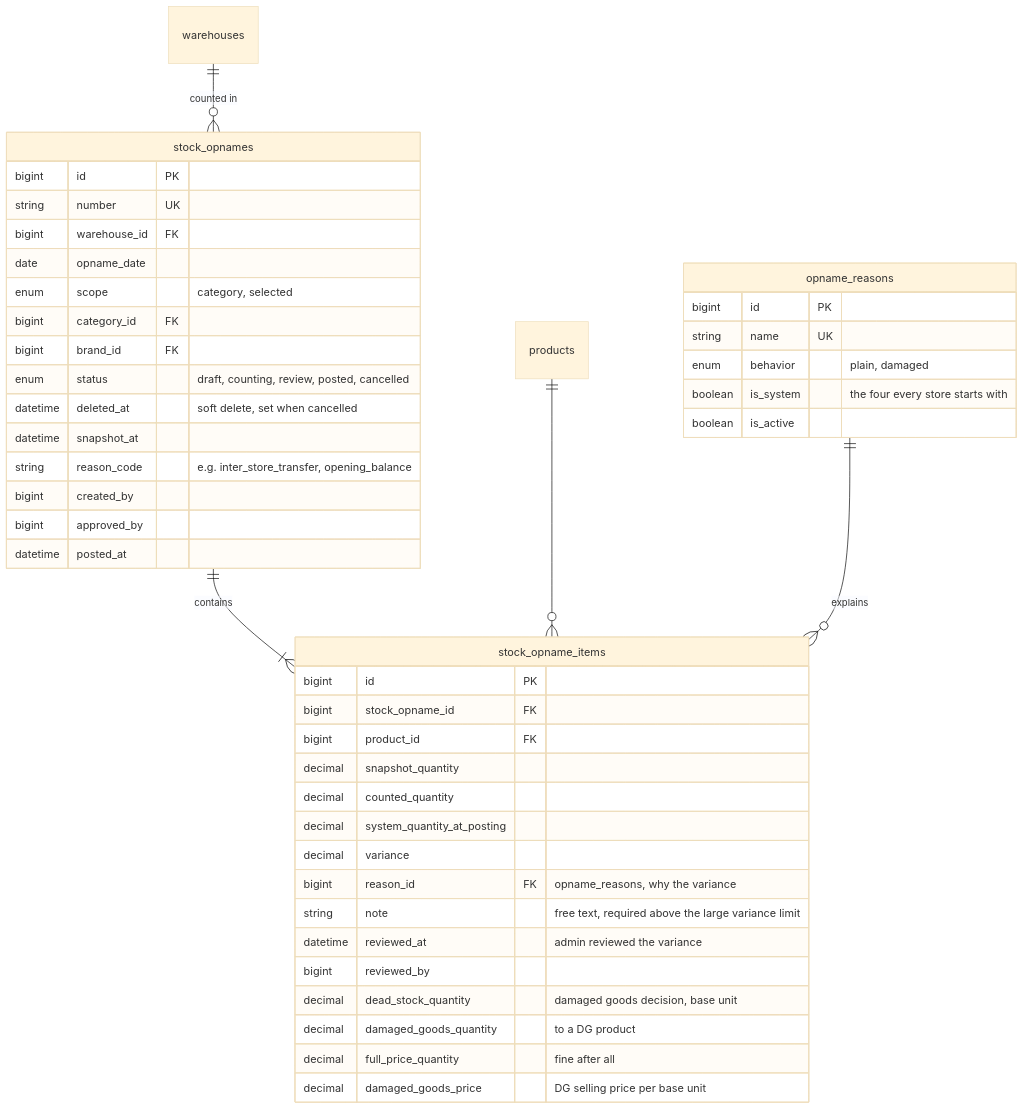
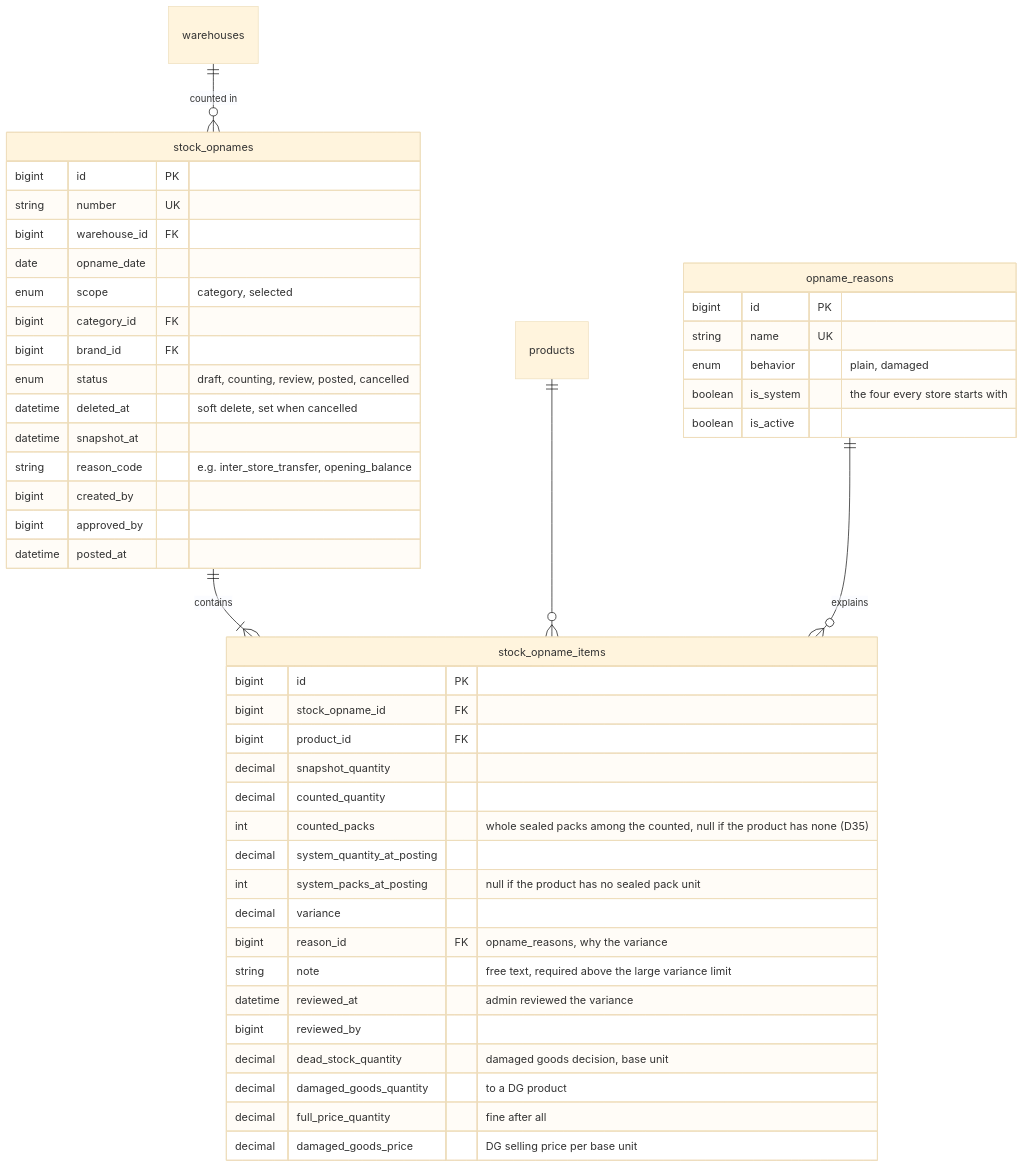
Diagram 25 of 30 in docs/analisis-sistem.md (aliefpraditya/store-management), drawn with Mermaid (base theme) before and after one commit. The commit also changed other lines of this file and 77 other files, not shown here.

````diff
--- a/docs/analisis-sistem.md
+++ b/docs/analisis-sistem.md
@@ -1191,48 +1197,50 @@
 ```mermaid
 erDiagram
     warehouses ||--o{ stock_opnames : "counted in"
     stock_opnames ||--|{ stock_opname_items : "contains"
     products ||--o{ stock_opname_items : ""
 
     stock_opnames {
         bigint id PK
         string number UK
         bigint warehouse_id FK
         date opname_date
         enum scope "category, selected"
         bigint category_id FK
         bigint brand_id FK
         enum status "draft, counting, review, posted, cancelled"
         datetime deleted_at "soft delete, set when cancelled"
         datetime snapshot_at
         string reason_code "e.g. inter_store_transfer, opening_balance"
         bigint created_by
         bigint approved_by
         datetime posted_at
     }
     stock_opname_items {
         bigint id PK
         bigint stock_opname_id FK
         bigint product_id FK
         decimal snapshot_quantity
         decimal counted_quantity
+        int counted_packs "whole sealed packs among the counted, null if the product has none (D35)"
         decimal system_quantity_at_posting
+        int system_packs_at_posting "null if the product has no sealed pack unit"
         decimal variance
         bigint reason_id FK "opname_reasons, why the variance"
         string note "free text, required above the large variance limit"
         datetime reviewed_at "admin reviewed the variance"
         bigint reviewed_by
         decimal dead_stock_quantity "damaged goods decision, base unit"
         decimal damaged_goods_quantity "to a DG product"
         decimal full_price_quantity "fine after all"
         decimal damaged_goods_price "DG selling price per base unit"
     }
     opname_reasons {
         bigint id PK
         string name UK
         enum behavior "plain, damaged"
         boolean is_system "the four every store starts with"
         boolean is_active
     }
     opname_reasons ||--o{ stock_opname_items : "explains"
 ```
````
